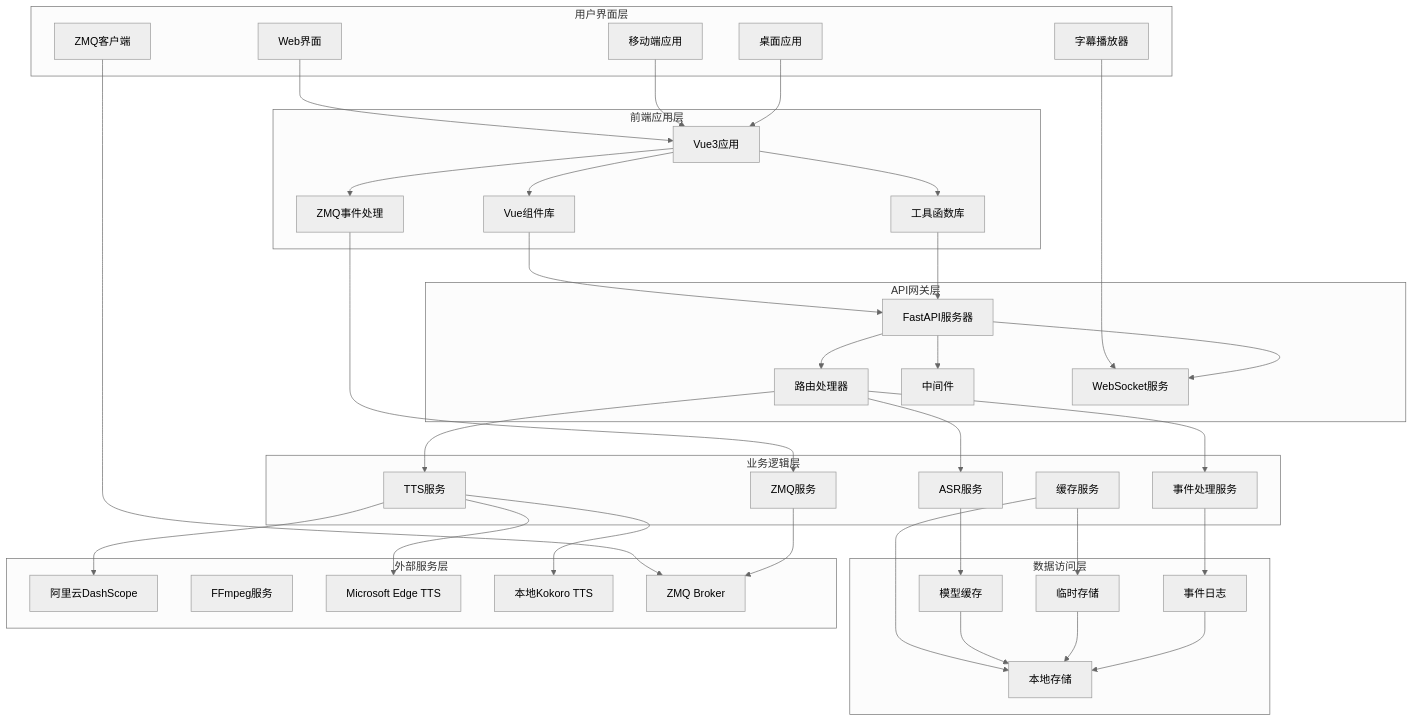
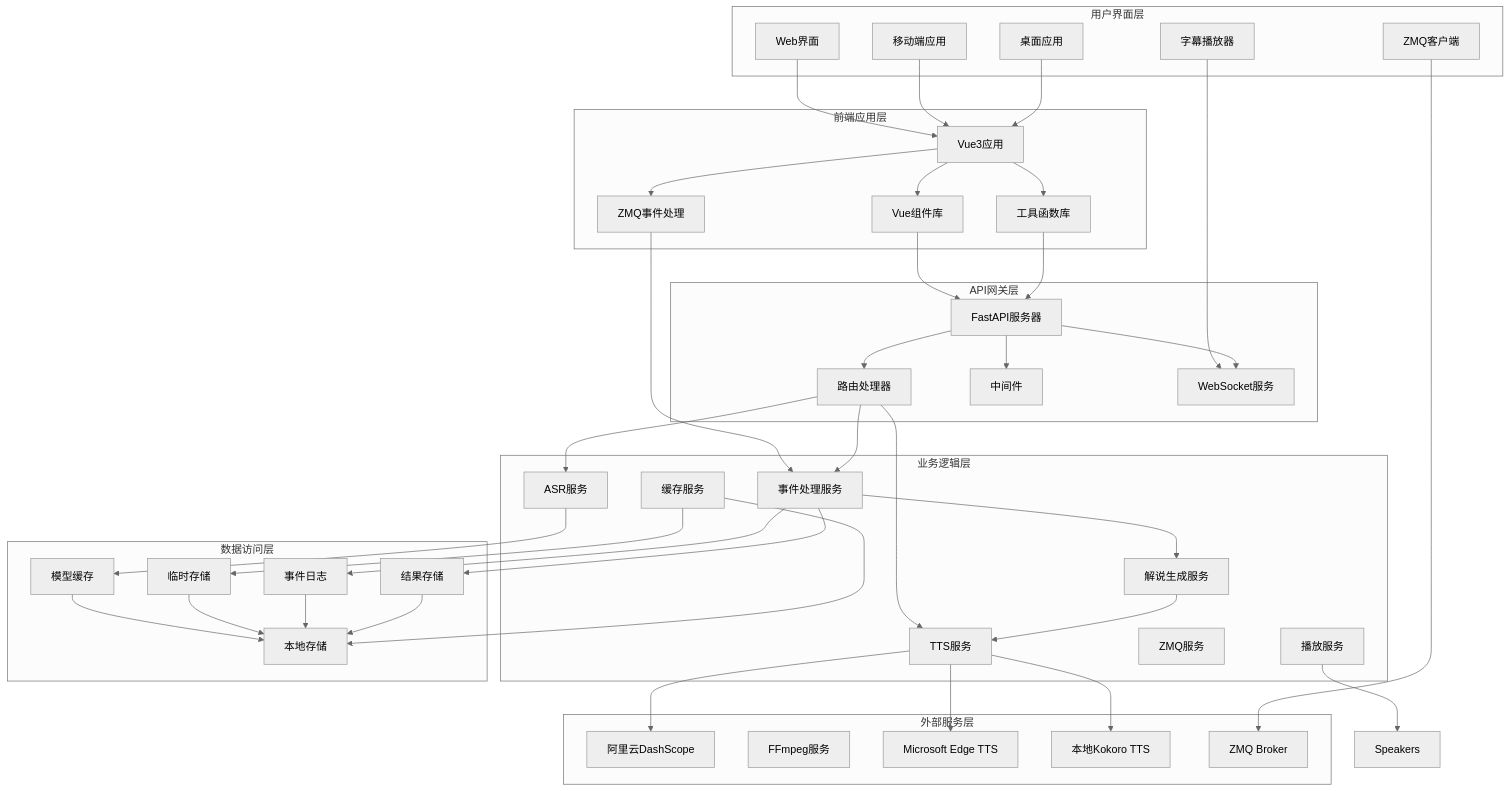
Before and after one commit to 1024dashen/Vue3Speech: the fifth of 9 diagrams in .qoder/repowiki/zh/content/项目概述.md, drawn with Mermaid (neutral theme). The commit also changed other lines of this file and 29 other files, not shown here.

````diff
--- a/.qoder/repowiki/zh/content/项目概述.md
+++ b/.qoder/repowiki/zh/content/项目概述.md
@@ -456,70 +503,77 @@
 ```mermaid
 graph TB
 subgraph "用户界面层"
 UI[Web界面]
 Mobile[移动端应用]
 Desktop[桌面应用]
 SubtitlePlayer[字幕播放器]
 ZMQClient[ZMQ客户端]
 end
 subgraph "前端应用层"
 VueApp[Vue3应用]
 Components[Vue组件库]
 Utils[工具函数库]
 ZMQEvents[ZMQ事件处理]
 end
 subgraph "API网关层"
 FastAPI[FastAPI服务器]
 Router[路由处理器]
 Middleware[中间件]
 WebSocket[WebSocket服务]
 end
 subgraph "业务逻辑层"
 ASRService[ASR服务]
 TTSService[TTS服务]
 ZMQService[ZMQ服务]
 CacheService[缓存服务]
 EventService[事件处理服务]
+NarrationService[解说生成服务]
+PlaybackService[播放服务]
 end
 subgraph "数据访问层"
 LocalStorage[本地存储]
 ModelCache[模型缓存]
 TempStorage[临时存储]
 EventLog[事件日志]
+Results[结果存储]
 end
 subgraph "外部服务层"
 DashScope[阿里云DashScope]
 FFmpeg[FFmpeg服务]
 EdgeTTS[Microsoft Edge TTS]
 KokoroTTS[本地Kokoro TTS]
 ZMQBroker[ZMQ Broker]
 end
 UI --> VueApp
 Mobile --> VueApp
 Desktop --> VueApp
 SubtitlePlayer --> WebSocket
 ZMQClient --> ZMQBroker
 VueApp --> Components
 VueApp --> Utils
 VueApp --> ZMQEvents
 Components --> FastAPI
 Utils --> FastAPI
-ZMQEvents --> ZMQService
+ZMQEvents --> EventService
 FastAPI --> Router
 FastAPI --> Middleware
 FastAPI --> WebSocket
 Router --> ASRService
 Router --> TTSService
 Router --> EventService
 ASRService --> ModelCache
 TTSService --> DashScope
 TTSService --> EdgeTTS
 TTSService --> KokoroTTS
-ZMQService --> ZMQBroker
+EventService --> NarrationService
+NarrationService --> TTSService
+PlaybackService --> Speakers
 CacheService --> LocalStorage
 CacheService --> TempStorage
 EventService --> EventLog
+EventService --> Results
 ModelCache --> LocalStorage
 TempStorage --> LocalStorage
 EventLog --> LocalStorage
+Results --> LocalStorage
 ```
````
